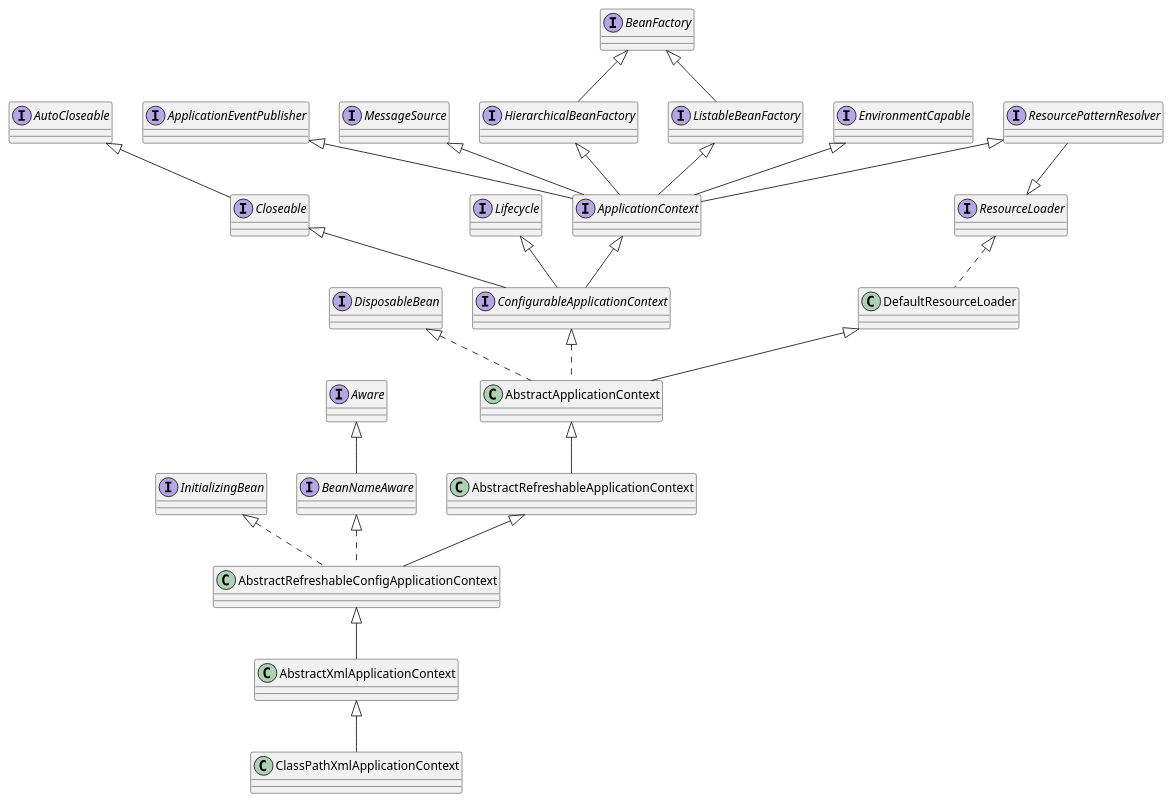
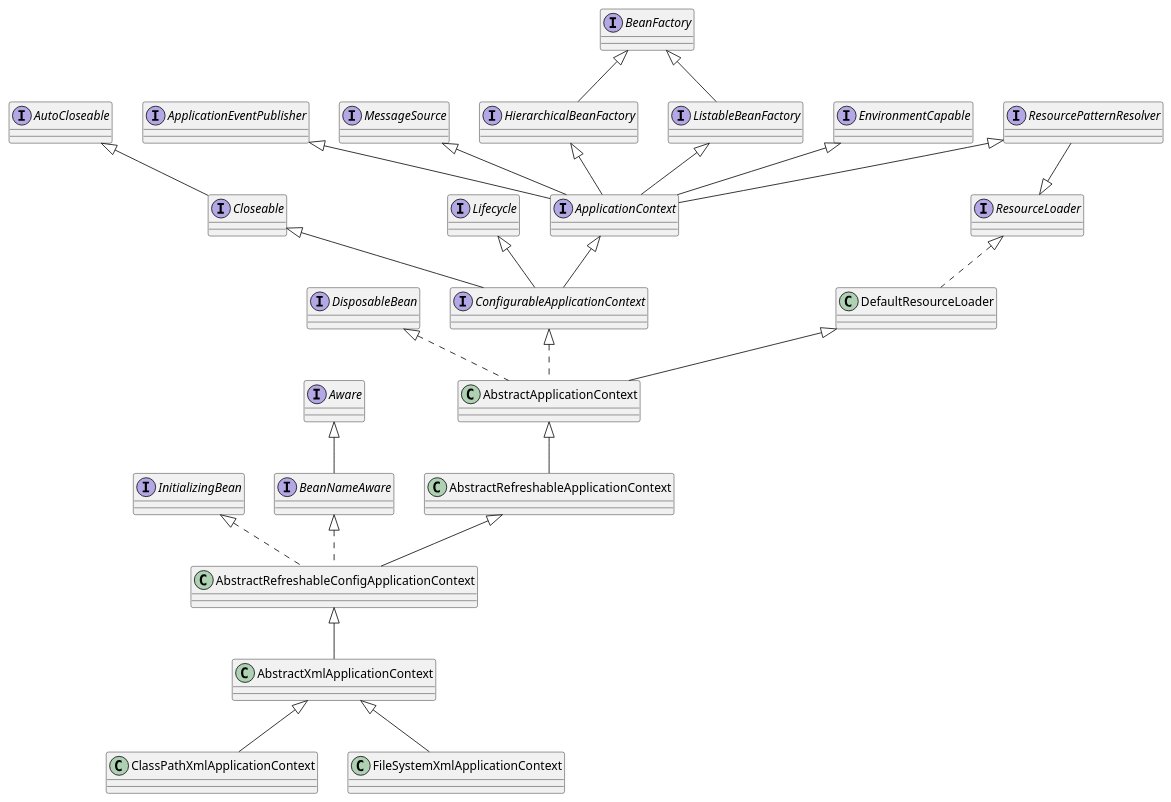
The diagram in springframework/src/main/java/com/study/springframework/ClassPathXmlApplicationContext.puml (Danny20151987/github), drawn with PlantUML before and after one commit. The commit also changed 51 other files, not shown here.

```diff
--- a/springframework/src/main/java/com/study/springframework/ClassPathXmlApplicationContext.puml
+++ b/springframework/src/main/java/com/study/springframework/ClassPathXmlApplicationContext.puml
@@ -1,63 +1,66 @@
 @startuml
 
 class ClassPathXmlApplicationContext
 class AbstractXmlApplicationContext
 ClassPathXmlApplicationContext -up-|>AbstractXmlApplicationContext
 
 class AbstractRefreshableConfigApplicationContext
 AbstractXmlApplicationContext -up-|>AbstractRefreshableConfigApplicationContext
 
 class AbstractRefreshableApplicationContext
 AbstractRefreshableConfigApplicationContext -up-|>AbstractRefreshableApplicationContext
 
 interface BeanNameAware
 interface InitializingBean
 AbstractRefreshableConfigApplicationContext .up.|>BeanNameAware
 AbstractRefreshableConfigApplicationContext .up.|>InitializingBean
 
 interface Aware
 BeanNameAware -up-|>Aware
 
 class AbstractApplicationContext
 AbstractRefreshableApplicationContext -up-|>AbstractApplicationContext
 
 class DefaultResourceLoader
 AbstractApplicationContext -up-|>DefaultResourceLoader
 
 interface ConfigurableApplicationContext
 interface DisposableBean
 AbstractApplicationContext .up.|>ConfigurableApplicationContext
 AbstractApplicationContext .up.|>DisposableBean
 
 interface ResourceLoader
 DefaultResourceLoader .up.|>ResourceLoader
 
 interface ApplicationContext
 interface Lifecycle
 interface Closeable
 ConfigurableApplicationContext -up-|>ApplicationContext
 ConfigurableApplicationContext -up-|>Lifecycle
 ConfigurableApplicationContext -up-|>Closeable
 
 interface AutoCloseable
 Closeable -up-|>AutoCloseable
 
 interface EnvironmentCapable
 interface ListableBeanFactory
 interface HierarchicalBeanFactory
 interface MessageSource
 interface ApplicationEventPublisher
 interface ResourcePatternResolver
 ApplicationContext -up-|>EnvironmentCapable
 ApplicationContext -up-|>ListableBeanFactory
 ApplicationContext -up-|>HierarchicalBeanFactory
 ApplicationContext -up-|>MessageSource
 ApplicationContext -up-|>ApplicationEventPublisher
 ApplicationContext -up-|>ResourcePatternResolver
 
 interface BeanFactory
 ListableBeanFactory -up-|>BeanFactory
 HierarchicalBeanFactory -up-|>BeanFactory
 ResourcePatternResolver -down-|>ResourceLoader
 
+class FileSystemXmlApplicationContext
+FileSystemXmlApplicationContext -up-|>AbstractXmlApplicationContext
+
 @enduml
```
